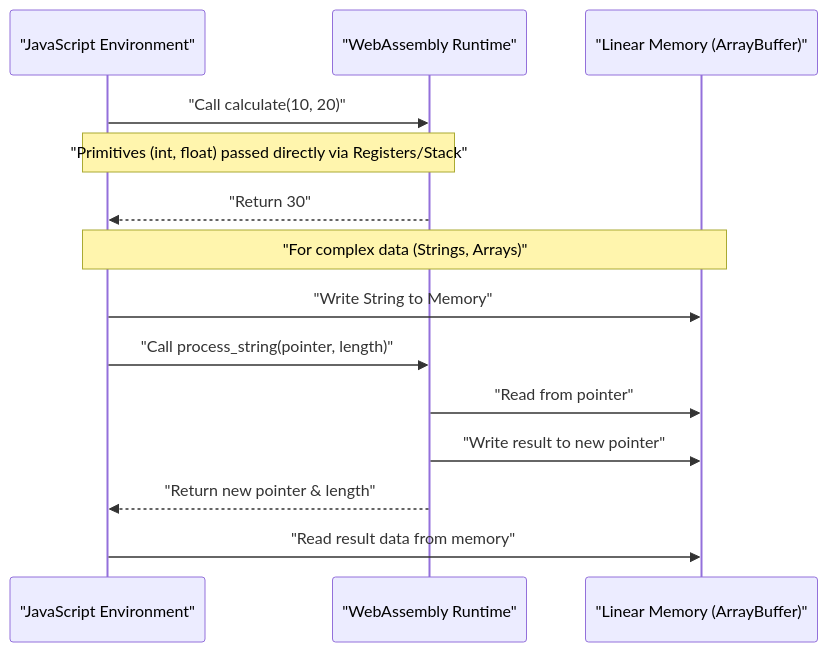
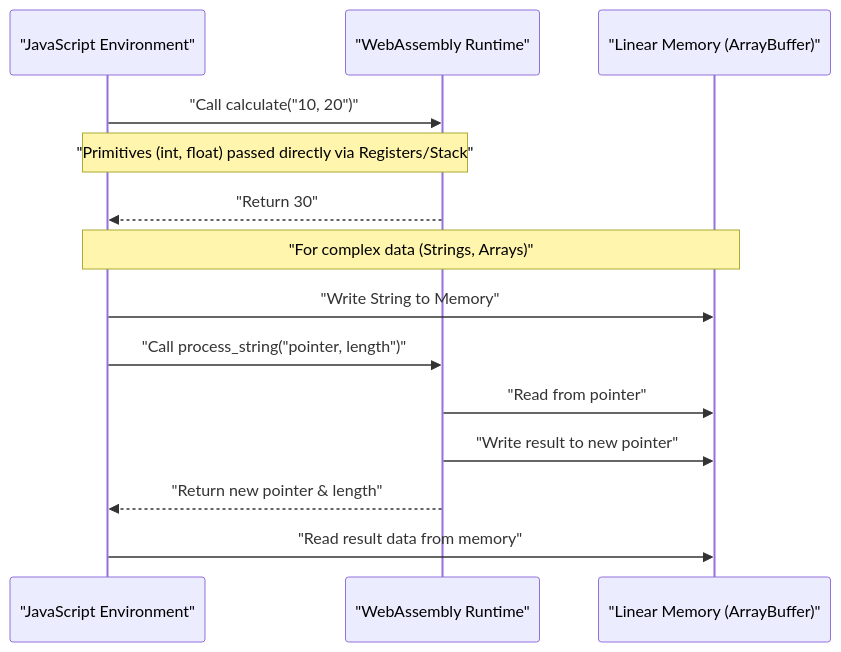
The second of 3 diagrams in content/post/webassembly出力/index.en.md (kenjinote/blog), drawn with Mermaid before and after one commit. The commit also changed 929 other files, not shown here.

Commit message:
fix: Add double quotes to all Mermaid node texts to resolve syntax errors

````diff
--- a/content/post/webassembly出力/index.en.md
+++ b/content/post/webassembly出力/index.en.md
@@ -220,18 +220,18 @@
 ```mermaid
 sequenceDiagram
   participant JS as "JavaScript Environment"
   participant Wasm as "WebAssembly Runtime"
   participant Mem as "Linear Memory (ArrayBuffer)"
 
-  JS->>Wasm: "Call calculate(10, 20)"
+  JS->>Wasm: "Call calculate("10, 20")"
   note over JS,Wasm: "Primitives (int, float) passed directly via Registers/Stack"
   Wasm-->>JS: "Return 30"
 
   note over JS, Mem: "For complex data (Strings, Arrays)"
   JS->>Mem: "Write String to Memory"
-  JS->>Wasm: "Call process_string(pointer, length)"
+  JS->>Wasm: "Call process_string("pointer, length")"
   Wasm->>Mem: "Read from pointer"
   Wasm->>Mem: "Write result to new pointer"
   Wasm-->>JS: "Return new pointer & length"
   JS->>Mem: "Read result data from memory"
 ```
````
